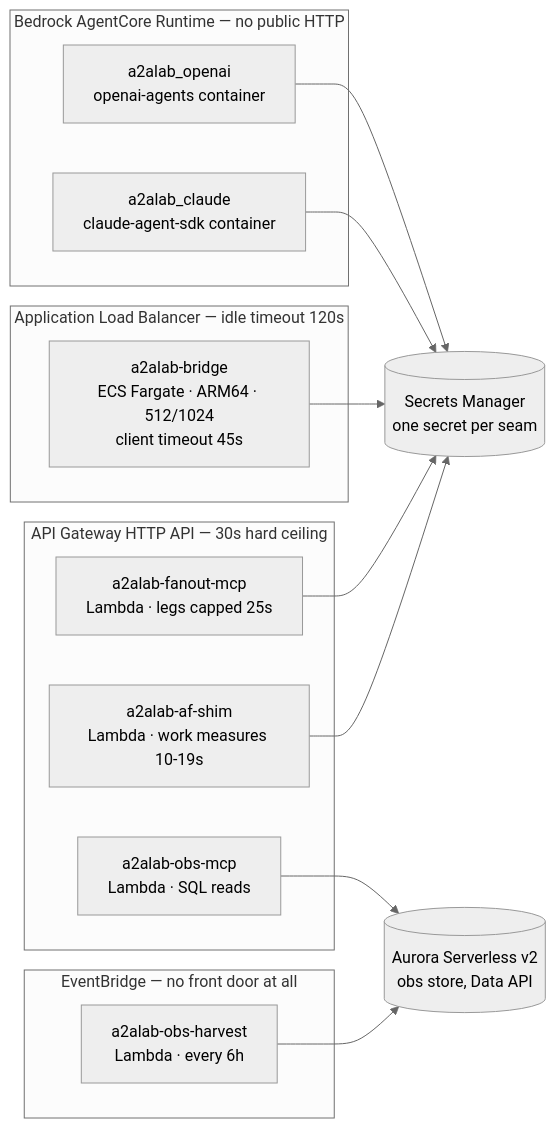
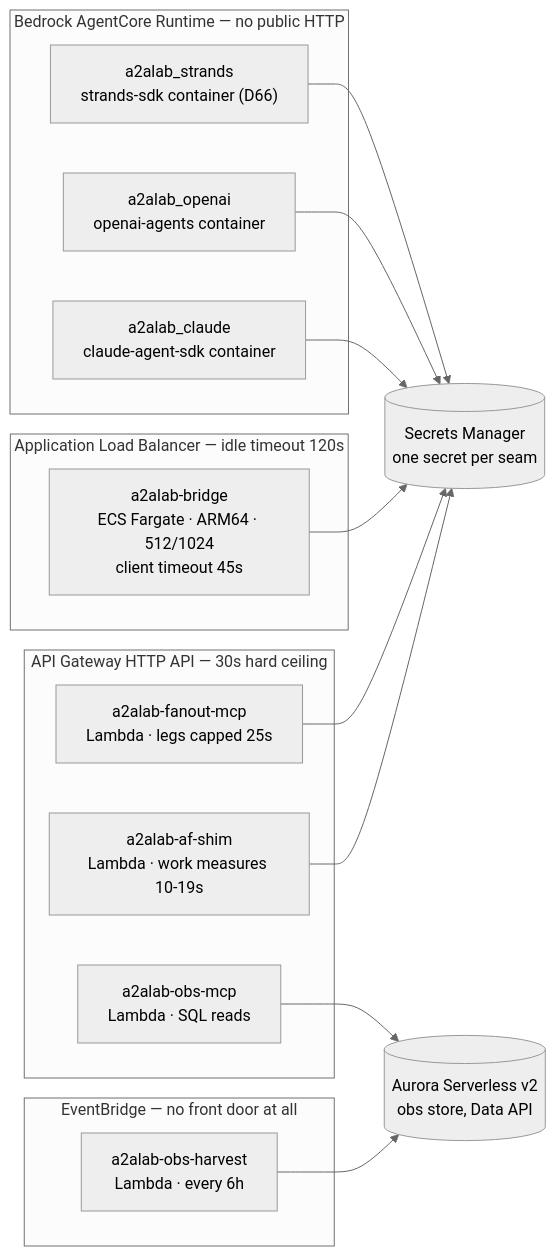
Before and after one commit to congmingwudi/a2a-lab: the third of 10 diagrams in plan/09-deployment-map.md, drawn with Mermaid (neutral theme). The commit also changed other lines of this file and 1 other file, not shown here.

First line of the commit message:
Diagrams: show the Strands runtime + its scheduled harvest

````diff
--- a/plan/09-deployment-map.md
+++ b/plan/09-deployment-map.md
@@ -225,32 +226,34 @@
 ```mermaid
 flowchart LR
   subgraph GW["API Gateway HTTP API — 30s hard ceiling"]
     SHIM["a2alab-af-shim<br/>Lambda · work measures 10-19s"]
     FAN["a2alab-fanout-mcp<br/>Lambda · legs capped 25s"]
     OMCP["a2alab-obs-mcp<br/>Lambda · SQL reads"]
   end
 
   subgraph ALB["Application Load Balancer — idle timeout 120s"]
     BR["a2alab-bridge<br/>ECS Fargate · ARM64 · 512/1024<br/>client timeout 45s"]
   end
 
   subgraph AC["Bedrock AgentCore Runtime — no public HTTP"]
     ACC["a2alab_claude<br/>claude-agent-sdk container"]
     ACO["a2alab_openai<br/>openai-agents container"]
+    ACS["a2alab_strands<br/>strands-sdk container (D66)"]
   end
 
   subgraph SCHED["EventBridge — no front door at all"]
     HARV["a2alab-obs-harvest<br/>Lambda · every 6h"]
   end
 
   STORE[("Aurora Serverless v2<br/>obs store, Data API")]
   SEC[("Secrets Manager<br/>one secret per seam")]
 
   SHIM --> SEC
   FAN --> SEC
   BR --> SEC
   ACC --> SEC
   ACO --> SEC
+  ACS --> SEC
   HARV --> STORE
   OMCP --> STORE
 ```
````
